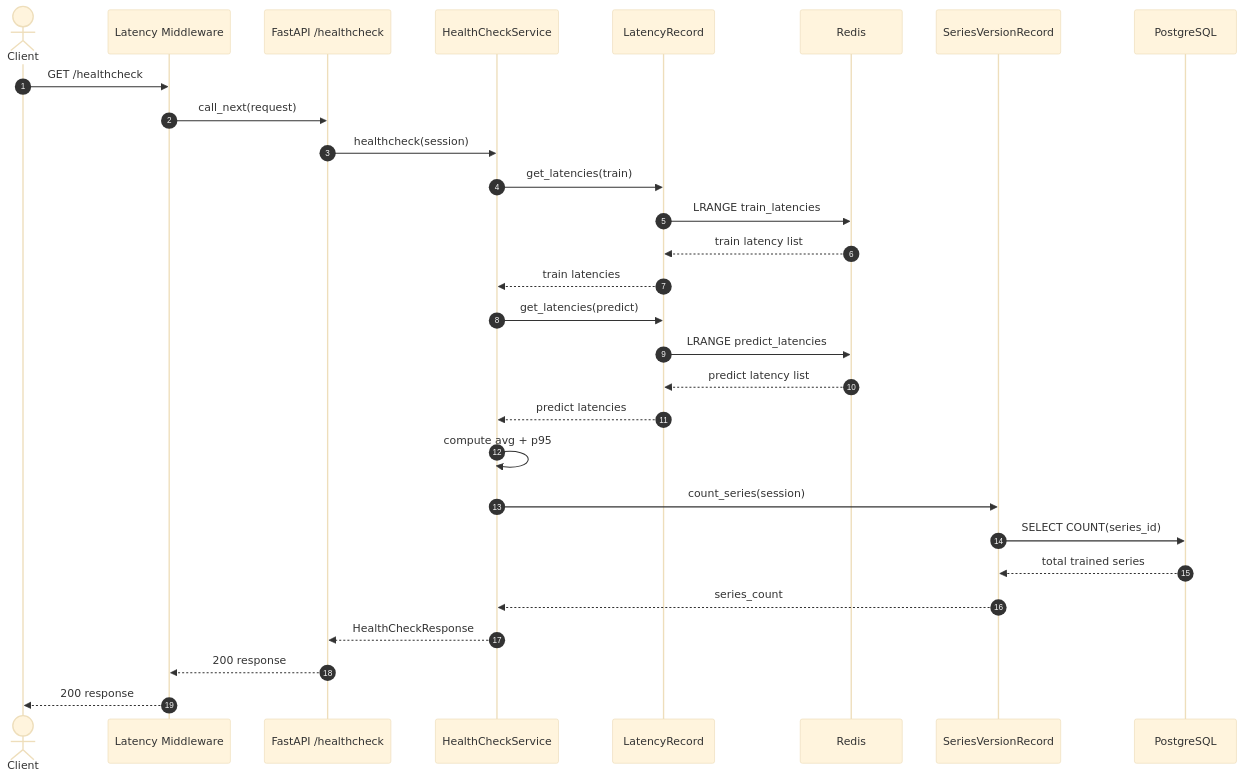
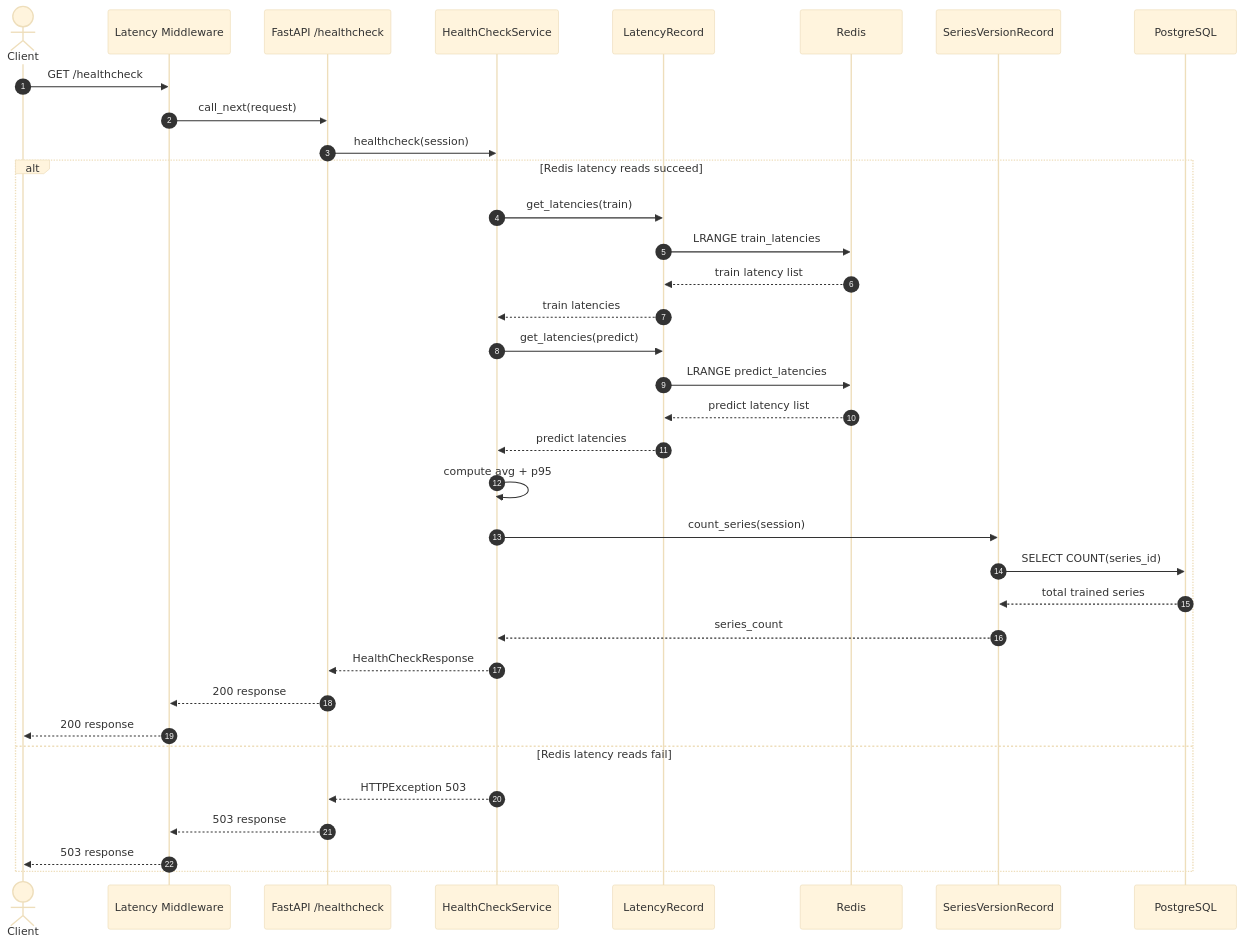
Before and after one commit to lucasmazzetto/time_series_anomaly_detection_pipelineine: the third of 4 diagrams in docs/architecture.md, drawn with Mermaid (base theme). The commit also changed other lines of this file and 2 other files, not shown here.

Commit message:
docs: add project README and refresh architecture documentation

````diff
--- a/docs/architecture.md
+++ b/docs/architecture.md
@@ -239,32 +241,38 @@
 ```mermaid
 sequenceDiagram
     autonumber
     actor Client
     participant MW as Latency Middleware
     participant Route as FastAPI /healthcheck
     participant Service as HealthCheckService
     participant Cache as LatencyRecord
     participant Redis as Redis
     participant Version as SeriesVersionRecord
     participant DB as PostgreSQL
 
     Client->>MW: GET /healthcheck
     MW->>Route: call_next(request)
     Route->>Service: healthcheck(session)
-    Service->>Cache: get_latencies(train)
-    Cache->>Redis: LRANGE train_latencies
-    Redis-->>Cache: train latency list
-    Cache-->>Service: train latencies
-    Service->>Cache: get_latencies(predict)
-    Cache->>Redis: LRANGE predict_latencies
-    Redis-->>Cache: predict latency list
-    Cache-->>Service: predict latencies
-    Service->>Service: compute avg + p95
-    Service->>Version: count_series(session)
-    Version->>DB: SELECT COUNT(series_id)
-    DB-->>Version: total trained series
-    Version-->>Service: series_count
-    Service-->>Route: HealthCheckResponse
-    Route-->>MW: 200 response
-    MW-->>Client: 200 response
+    alt Redis latency reads succeed
+        Service->>Cache: get_latencies(train)
+        Cache->>Redis: LRANGE train_latencies
+        Redis-->>Cache: train latency list
+        Cache-->>Service: train latencies
+        Service->>Cache: get_latencies(predict)
+        Cache->>Redis: LRANGE predict_latencies
+        Redis-->>Cache: predict latency list
+        Cache-->>Service: predict latencies
+        Service->>Service: compute avg + p95
+        Service->>Version: count_series(session)
+        Version->>DB: SELECT COUNT(series_id)
+        DB-->>Version: total trained series
+        Version-->>Service: series_count
+        Service-->>Route: HealthCheckResponse
+        Route-->>MW: 200 response
+        MW-->>Client: 200 response
+    else Redis latency reads fail
+        Service-->>Route: HTTPException 503
+        Route-->>MW: 503 response
+        MW-->>Client: 503 response
+    end
 ```
````
